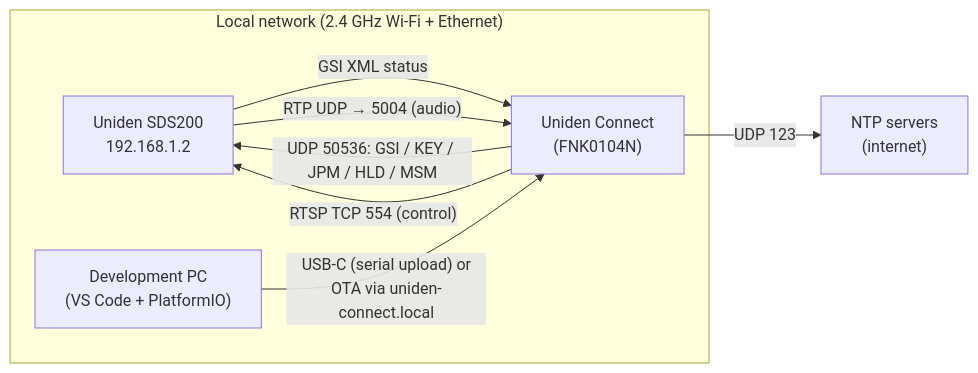
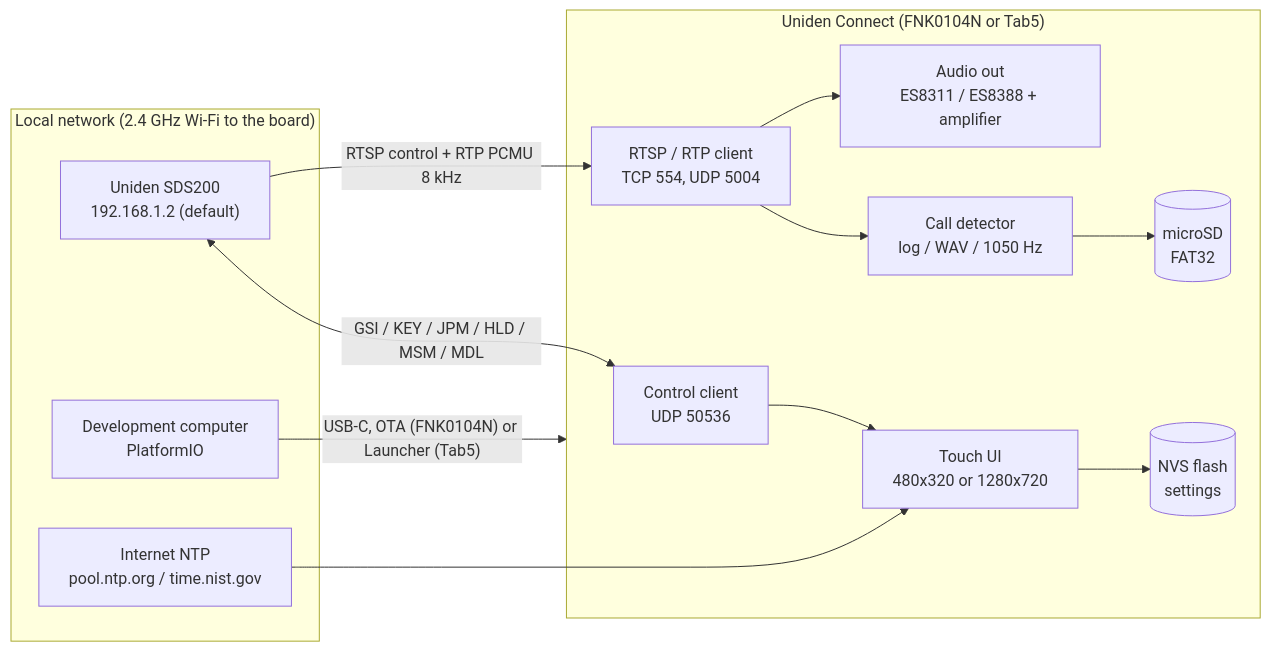
The diagram in docs/wiki/Home.md (SorcerTek/uniden-connect), drawn with Mermaid before and after one commit. The commit also changed other lines of this file, not shown here.

````diff
--- a/docs/wiki/Home.md
+++ b/docs/wiki/Home.md
@@ -95,15 +67,26 @@
 ```mermaid
 flowchart LR
-    subgraph LAN["Local network (2.4 GHz Wi-Fi + Ethernet)"]
-        SDS["Uniden SDS200<br/>192.168.1.2"]
-        DEV["Uniden Connect<br/>(FNK0104N)"]
-        PC["Development PC<br/>(VS Code + PlatformIO)"]
+    subgraph LAN["Local network (2.4 GHz Wi-Fi to the board)"]
+        SDS["Uniden SDS200<br/>192.168.1.2 (default)"]
+        NTP["Internet NTP<br/>pool.ntp.org / time.nist.gov"]
+        PC["Development computer<br/>PlatformIO"]
     end
-    NTP["NTP servers<br/>(internet)"]
-    DEV -- "UDP 50536: GSI / KEY / JPM / HLD / MSM" --> SDS
-    SDS -- "GSI XML status" --> DEV
-    DEV -- "RTSP TCP 554 (control)" --> SDS
-    SDS -- "RTP UDP → 5004 (audio)" --> DEV
-    PC -- "USB-C (serial upload) or<br/>OTA via uniden-connect.local" --> DEV
-    DEV -- "UDP 123" --> NTP
+    subgraph DEV["Uniden Connect (FNK0104N or Tab5)"]
+        CTRL["Control client<br/>UDP 50536"]
+        RTSP["RTSP / RTP client<br/>TCP 554, UDP 5004"]
+        AUD["Audio out<br/>ES8311 / ES8388 + amplifier"]
+        CALLS["Call detector<br/>log / WAV / 1050 Hz"]
+        UI["Touch UI<br/>480x320 or 1280x720"]
+        SD[("microSD<br/>FAT32")]
+        NVS[("NVS flash<br/>settings")]
+    end
+    SDS <-- "GSI / KEY / JPM / HLD / MSM / MDL" --> CTRL
+    SDS -- "RTSP control + RTP PCMU 8 kHz" --> RTSP
+    RTSP --> AUD
+    RTSP --> CALLS
+    CALLS --> SD
+    CTRL --> UI
+    UI --> NVS
+    NTP --> UI
+    PC -- "USB-C, OTA (FNK0104N) or Launcher (Tab5)" --> DEV
 ```
````
